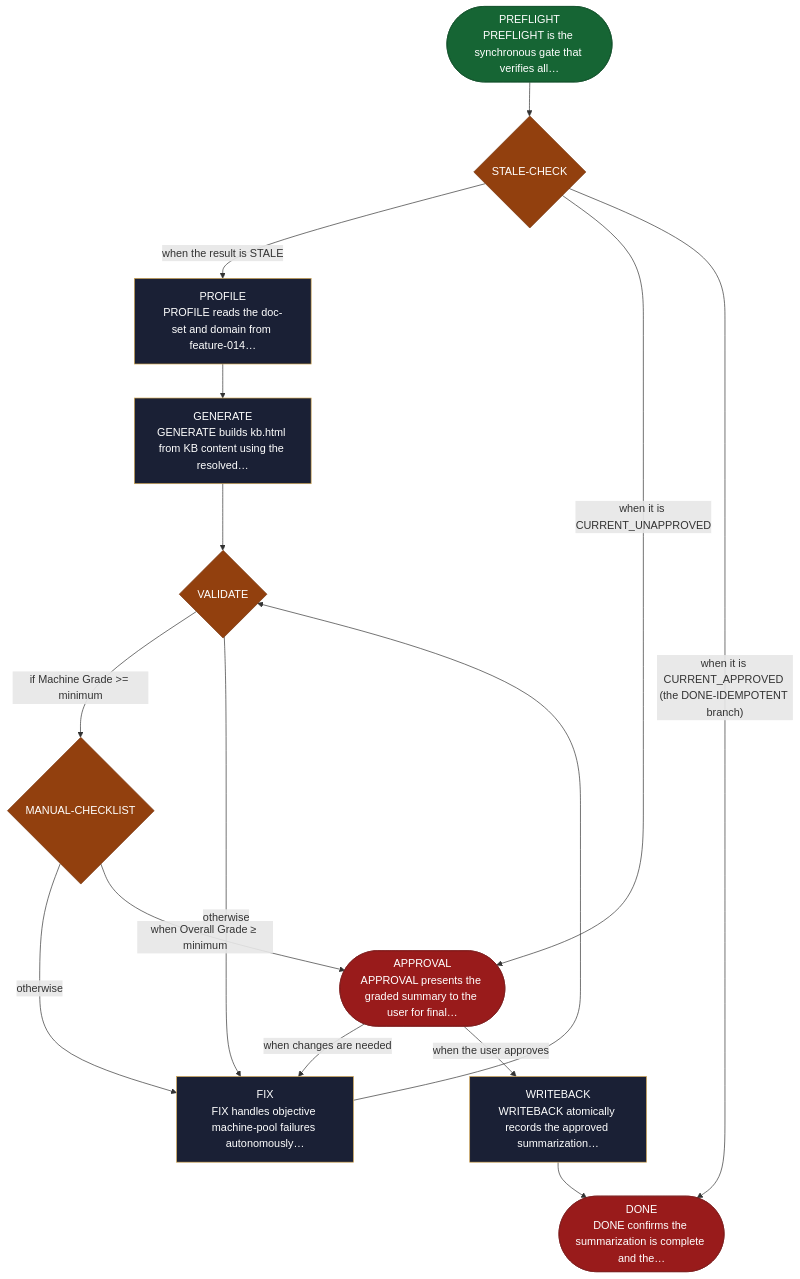
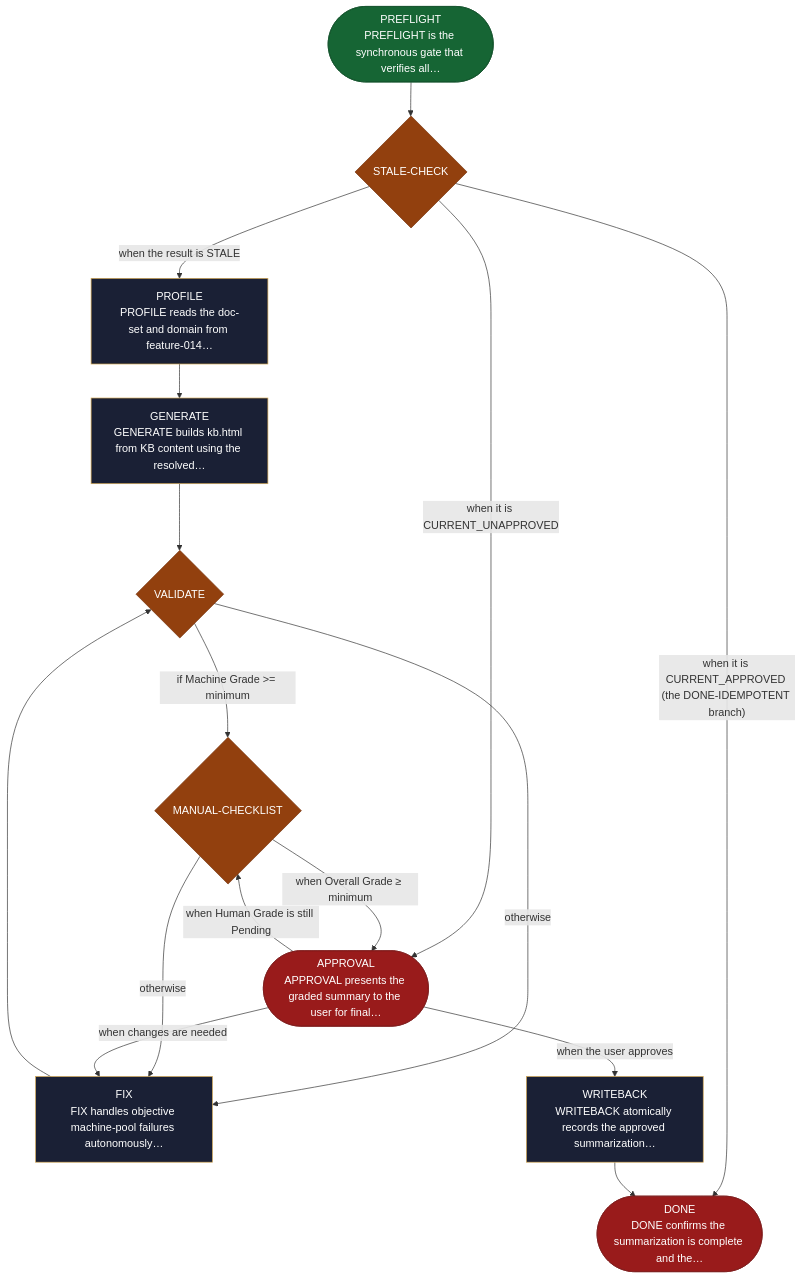
The diagram in site/src/content/docs/skills/aid-summarize.md (AndreVianna/aid-methodology), drawn with Mermaid before and after one commit. The commit also changed other lines of this file and 14 other files, not shown here.

````diff
--- a/site/src/content/docs/skills/aid-summarize.md
+++ b/site/src/content/docs/skills/aid-summarize.md
@@ -20,53 +20,54 @@
 ```mermaid
 flowchart TB
   classDef aidNode color:#fff
   classDef aidEntry fill:#166534,stroke:#14532d,color:#fff
   classDef aidExit fill:#991b1b,stroke:#7f1d1d,color:#fff
   classDef aidDecision fill:#92400e,stroke:#78350f,color:#fff
   classDef aidLoopBack fill:#1e3a8a,stroke:#1e3a8a,color:#fff
   classDef aidStep fill:#1a2035,stroke:#d4a853,color:#f1f5f9
   n1(["PREFLIGHT<br/>PREFLIGHT is the synchronous gate that verifies all…"])
   n2{"STALE-CHECK"}
   n3["PROFILE<br/>PROFILE reads the doc-set and domain from feature-014…"]
   n4["GENERATE<br/>GENERATE builds kb.html from KB content using the resolved…"]
   n5{"VALIDATE"}
   n6{"MANUAL-CHECKLIST"}
   n7["FIX<br/>FIX handles objective machine-pool failures autonomously…"]
   n8(["APPROVAL<br/>APPROVAL presents the graded summary to the user for final…"])
   n9["WRITEBACK<br/>WRITEBACK atomically records the approved summarization…"]
   n10(["DONE<br/>DONE confirms the summarization is complete and the…"])
   n1 --> n2
   n2 -->|"when the result is STALE"| n3
   n2 -->|"when it is CURRENT_UNAPPROVED"| n8
   n2 -->|"when it is CURRENT_APPROVED (the DONE-IDEMPOTENT branch)"| n10
   n3 --> n4
   n4 --> n5
   n5 -->|"if Machine Grade &gt;= minimum"| n6
   n5 -->|"otherwise"| n7
   n6 -->|"otherwise"| n7
   n6 -->|"when Overall Grade ≥ minimum"| n8
   n7 --> n5
+  n8 -->|"when Human Grade is still Pending"| n6
   n8 -->|"when changes are needed"| n7
   n8 -->|"when the user approves"| n9
   n9 --> n10
   class n1 aidEntry
   class n2 aidDecision
   class n3 aidStep
   class n4 aidStep
   class n5 aidDecision
   class n6 aidDecision
   class n7 aidStep
   class n8 aidExit
   class n9 aidStep
   class n10 aidExit
   class n1 aidNode
   class n2 aidNode
   class n3 aidNode
   class n4 aidNode
   class n5 aidNode
   class n6 aidNode
   class n7 aidNode
   class n8 aidNode
   class n9 aidNode
   class n10 aidNode
 ```
````
